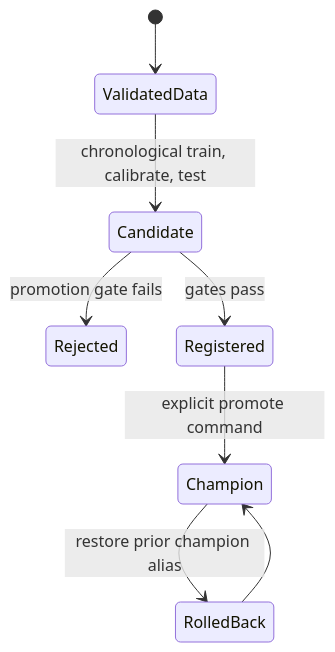
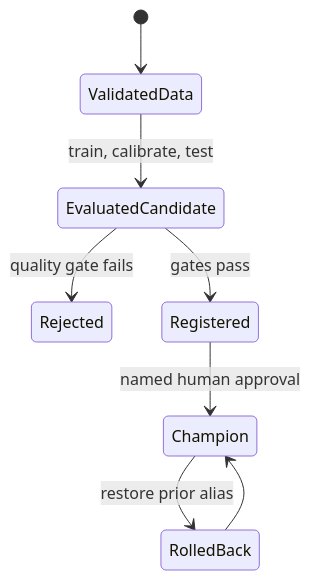
The second of 2 diagrams in docs/architecture.md (Miguesh/pricing-recommendation-engine-), drawn with Mermaid before and after one commit. The commit also changed other lines of this file and 49 other files, not shown here.

````diff
--- a/docs/architecture.md
+++ b/docs/architecture.md
@@ -73,10 +154,10 @@
-~~~mermaid
+```mermaid
 stateDiagram-v2
     [*] --> ValidatedData
-    ValidatedData --> Candidate: chronological train, calibrate, test
-    Candidate --> Rejected: promotion gate fails
-    Candidate --> Registered: gates pass
-    Registered --> Champion: explicit promote command
-    Champion --> RolledBack: restore prior champion alias
+    ValidatedData --> EvaluatedCandidate: train, calibrate, test
+    EvaluatedCandidate --> Rejected: quality gate fails
+    EvaluatedCandidate --> Registered: gates pass
+    Registered --> Champion: named human approval
+    Champion --> RolledBack: restore prior alias
     RolledBack --> Champion
-~~~
+```
````
